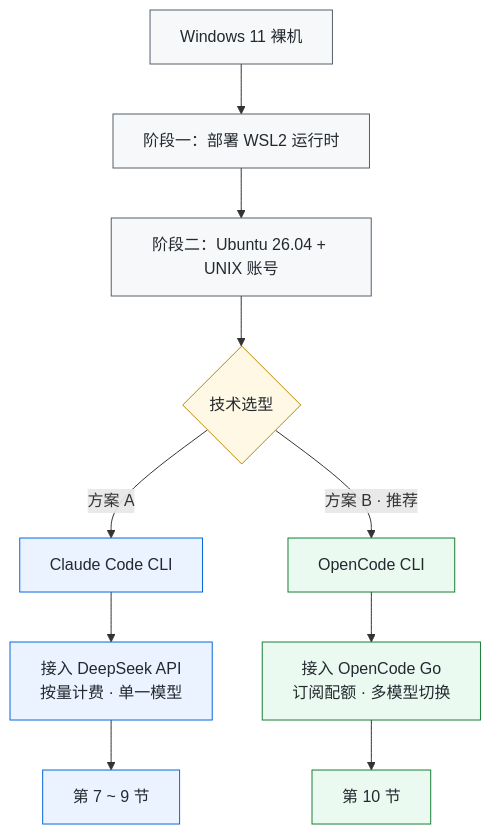
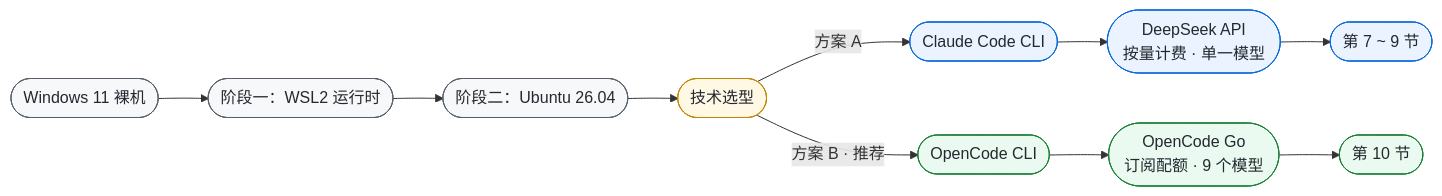
One commit to QianRongAn/wsl2-ubuntu-ai-coding-setup changed the diagram in README.md. Above: the diagram before and after it, drawn with Mermaid. The commit also changed other lines of this file, not shown here.

Commit message:
docs: horizontal rounded mermaid flow, condense intro into route comparison
- switch the selection diagram from TD to LR with stadium (rounded) nodes
- move the key route-comparison points into the README subtitle
- drop the redundant 'why use it' table

````diff
--- a/README.md
+++ b/README.md
@@ -79,25 +74,25 @@
 ```mermaid
-flowchart TD
-    START["Windows 11 裸机"] --> WSL["阶段一：部署 WSL2 运行时"]
-    WSL --> UB["阶段二：Ubuntu 26.04 + UNIX 账号"]
-    UB --> SEL{"技术选型"}
+flowchart LR
+    START(["Windows 11 裸机"]) --> WSL(["阶段一：WSL2 运行时"])
+    WSL --> UB(["阶段二：Ubuntu 26.04"])
+    UB --> SEL(["技术选型"])
 
-    SEL -->|"方案 A"| A1["Claude Code CLI"]
-    SEL -->|"方案 B · 推荐"| B1["OpenCode CLI"]
+    SEL -->|"方案 A"| A1(["Claude Code CLI"])
+    SEL -->|"方案 B · 推荐"| B1(["OpenCode CLI"])
 
-    A1 --> A2["接入 DeepSeek API<br/>按量计费 · 单一模型"]
-    B1 --> B2["接入 OpenCode Go<br/>订阅配额 · 多模型切换"]
+    A1 --> A2(["DeepSeek API<br/>按量计费 · 单一模型"])
+    B1 --> B2(["OpenCode Go<br/>订阅配额 · 9 个模型"])
 
-    A2 --> A3["第 7 ~ 9 节"]
-    B2 --> B3["第 10 节"]
+    A2 --> A3(["第 7 ~ 9 节"])
+    B2 --> B3(["第 10 节"])
 
     classDef base fill:#f6f8fa,stroke:#57606a,color:#24292f
     classDef pick fill:#fff8e5,stroke:#bf8700,color:#24292f
     classDef a fill:#eaf3ff,stroke:#0969da,color:#24292f
     classDef b fill:#eafaf1,stroke:#1a7f37,color:#24292f
 
     class START,WSL,UB base
     class SEL pick
     class A1,A2,A3 a
     class B1,B2,B3 b
 ```
````
